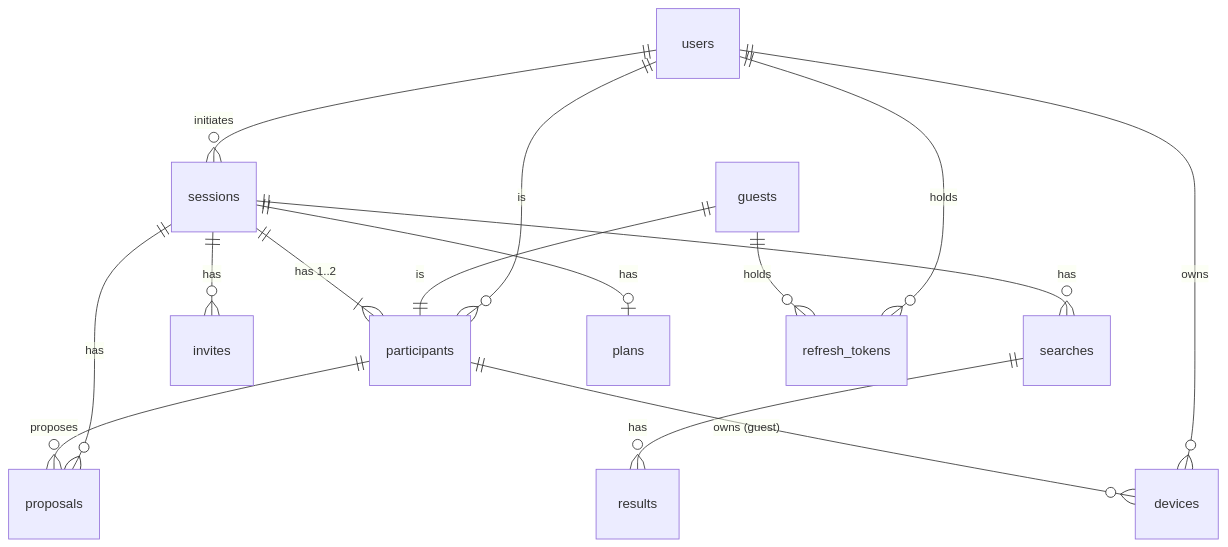
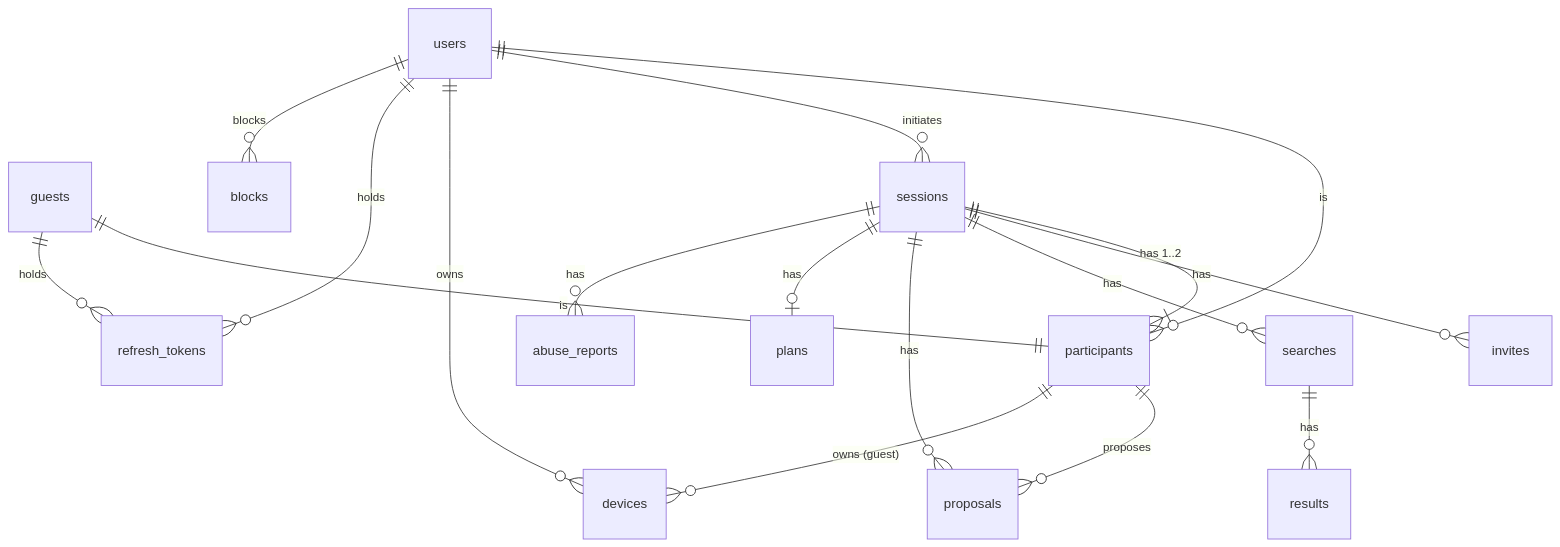
The fifth of 11 diagrams in ARCHITECTURE.md (jmanico/halfsies), drawn with Mermaid before and after one commit. The commit also changed other lines of this file and 7 other files, not shown here.

````diff
--- a/ARCHITECTURE.md
+++ b/ARCHITECTURE.md
@@ -366,17 +367,19 @@
 ```mermaid
 erDiagram
     users ||--o{ participants : "is"
     guests ||--|| participants : "is"
     users ||--o{ sessions : "initiates"
     sessions ||--|{ participants : "has 1..2"
     sessions ||--o{ invites : "has"
     sessions ||--o{ searches : "has"
     searches ||--o{ results : "has"
     sessions ||--o{ proposals : "has"
     sessions ||--o| plans : "has"
     participants ||--o{ proposals : "proposes"
     users ||--o{ devices : "owns"
     participants ||--o{ devices : "owns (guest)"
     users ||--o{ refresh_tokens : "holds"
     guests ||--o{ refresh_tokens : "holds"
+    users ||--o{ blocks : "blocks"
+    sessions ||--o{ abuse_reports : "has"
 ```
````
